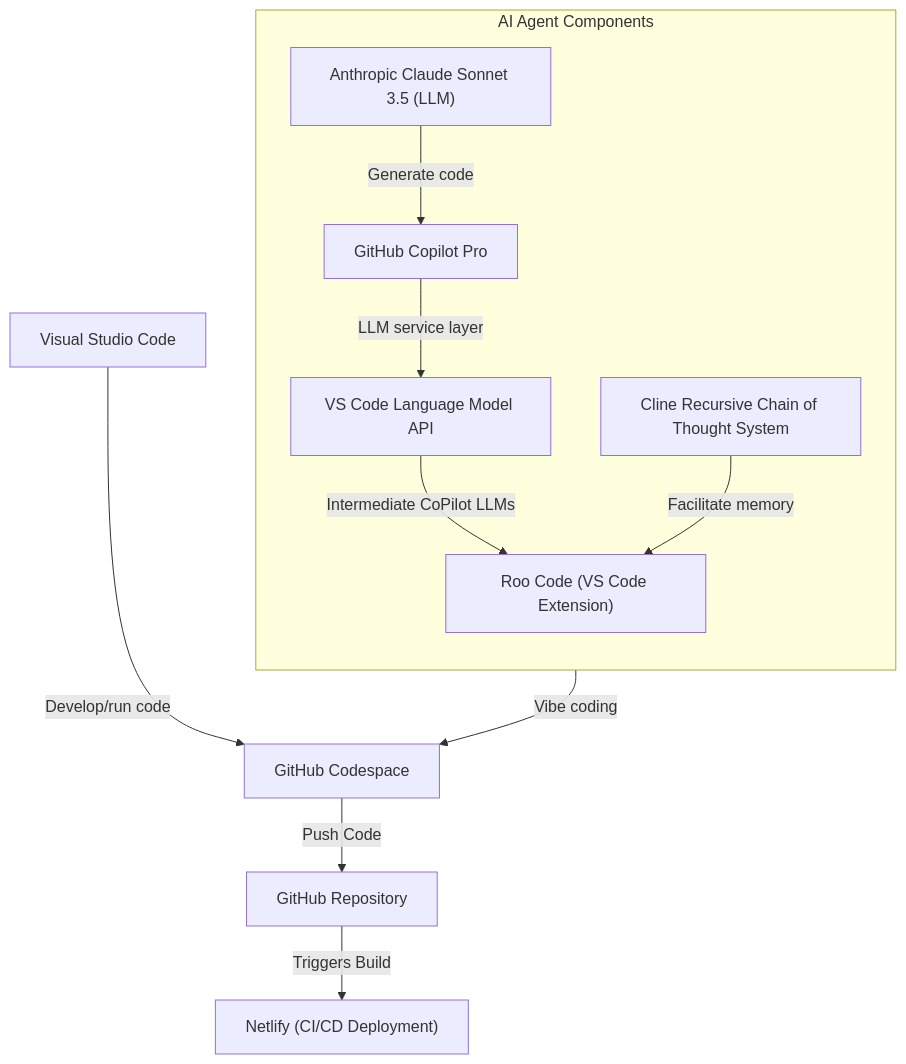
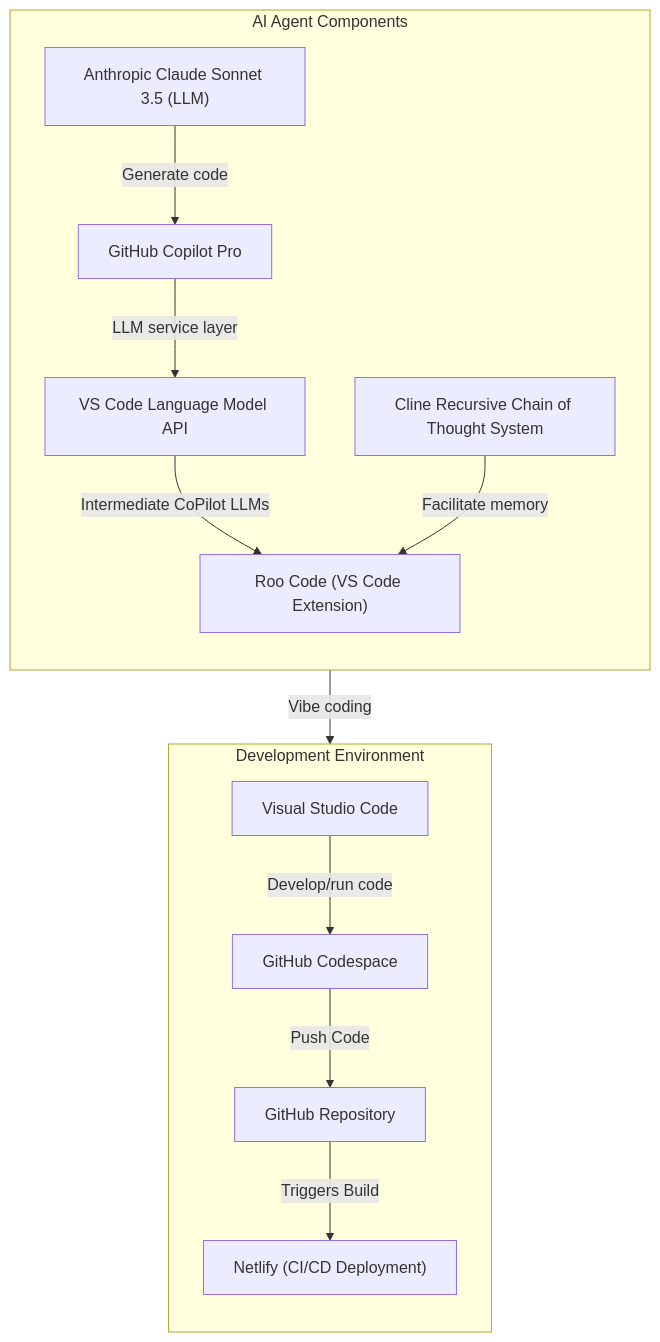
Before and after one commit to RickRinewalt/pipeline: the diagram in README.md, drawn with Mermaid.

````diff
--- a/README.md
+++ b/README.md
@@ -16,25 +16,28 @@
 ```mermaid
 graph TB
-    vscode[Visual Studio Code]
-    codespace[GitHub Codespace]
-    github["GitHub Repository"]
-    netlify["Netlify (CI/CD Deployment)"]
+    subgraph DEV [Development Environment]
+        direction TB
+        vscode[Visual Studio Code]
+        codespace[GitHub Codespace]
+        github["GitHub Repository"]
+        netlify["Netlify (CI/CD Deployment)"]
+    end
 
-    subgraph LLM_TB [AI Agent Components]
-      direction TB
-      roo["Roo Code (VS Code Extension)"]
-      crct["Cline Recursive Chain of Thought System"]
-      vscode_lmapi[VS Code Language Model API]
-      github_copilot[GitHub Copilot Pro]
-      sonnet["Anthropic Claude Sonnet 3.5 (LLM)"]
+    subgraph AI [AI Agent Components]
+        direction TB
+        roo["Roo Code (VS Code Extension)"]
+        crct["Cline Recursive Chain of Thought System"]
+        vscode_lmapi[VS Code Language Model API]
+        github_copilot[GitHub Copilot Pro]
+        sonnet["Anthropic Claude Sonnet 3.5 (LLM)"]
     end
 
     github --> |Triggers Build| netlify
     codespace --> |Push Code| github
     vscode --> |Develop/run code| codespace
     roo --> |Vibe coding| codespace
     vscode_lmapi --> |Intermediate CoPilot LLMs| roo
     github_copilot --> |LLM service layer| vscode_lmapi
     sonnet --> |Generate code| github_copilot
     crct --> |Facilitate memory| roo
 ```
````
